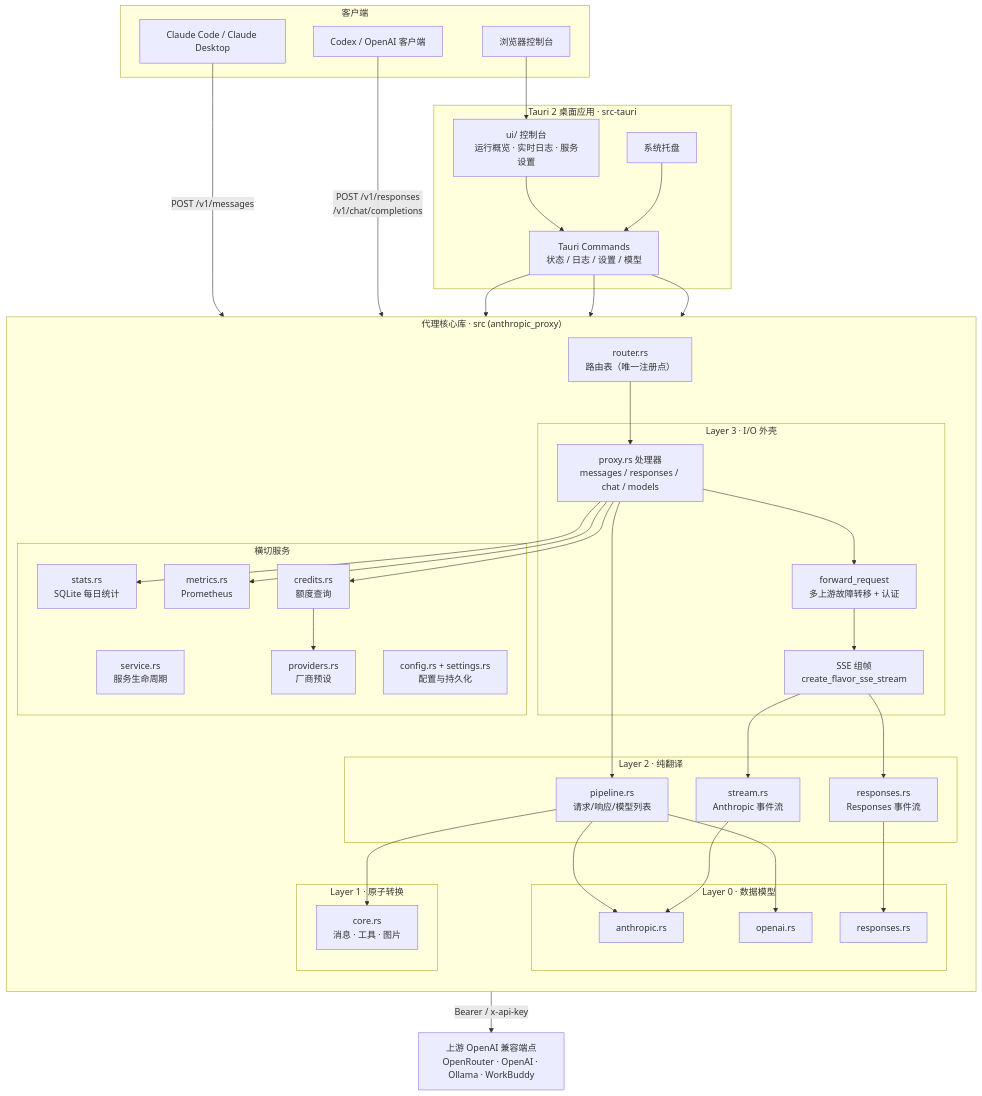
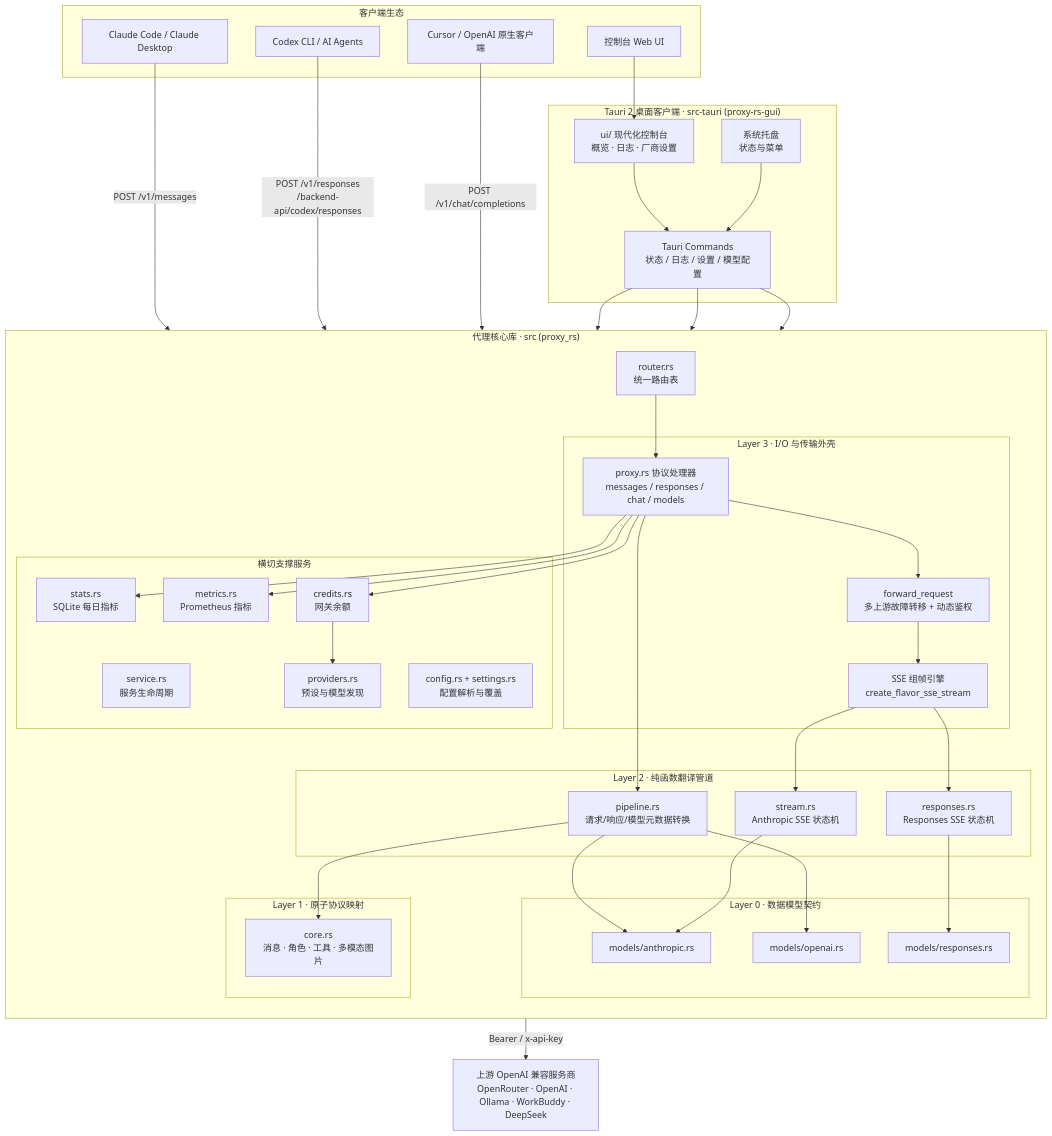
One commit to yudong22/anthropic-proxy-rs changed the first of 2 diagrams in README.md. Above: the diagram before and after it, drawn with Mermaid. The commit also changed other lines of this file and 19 other files, not shown here.

````diff
--- a/README.md
+++ b/README.md
@@ -45,77 +46,79 @@
 ```mermaid
 flowchart TB
-    subgraph Clients["客户端"]
+    subgraph Clients["客户端生态"]
         CC["Claude Code / Claude Desktop"]
-        OC["Codex / OpenAI 客户端"]
-        BR["浏览器控制台"]
+        CX["Codex CLI / AI Agents"]
+        OC["Cursor / OpenAI 原生客户端"]
+        BR["控制台 Web UI"]
     end
 
-    subgraph App["Tauri 2 桌面应用 · src-tauri"]
-        Tray["系统托盘"]
-        Cmds["Tauri Commands<br/>状态 / 日志 / 设置 / 模型"]
-        UI["ui/ 控制台<br/>运行概览 · 实时日志 · 服务设置"]
+    subgraph App["Tauri 2 桌面客户端 · src-tauri (proxy-rs-gui)"]
+        Tray["系统托盘<br/>状态与菜单"]
+        Cmds["Tauri Commands<br/>状态 / 日志 / 设置 / 模型配置"]
+        UI["ui/ 现代化控制台<br/>概览 · 日志 · 厂商设置"]
     end
 
-    subgraph Core["代理核心库 · src (anthropic_proxy)"]
+    subgraph Core["代理核心库 · src (proxy_rs)"]
         direction TB
-        Router["router.rs<br/>路由表（唯一注册点）"]
+        Router["router.rs<br/>统一路由表"]
 
-        subgraph L3["Layer 3 · I/O 外壳"]
-            Handlers["proxy.rs 处理器<br/>messages / responses / chat / models"]
-            Forward["forward_request<br/>多上游故障转移 + 认证"]
-            SSE["SSE 组帧<br/>create_flavor_sse_stream"]
+        subgraph L3["Layer 3 · I/O 与传输外壳"]
+            Handlers["proxy.rs 协议处理器<br/>messages / responses / chat / models"]
+            Forward["forward_request<br/>多上游故障转移 + 动态鉴权"]
+            SSE["SSE 组帧引擎<br/>create_flavor_sse_stream"]
         end
 
-        subgraph L2["Layer 2 · 纯翻译"]
-            Pipe["pipeline.rs<br/>请求/响应/模型列表"]
-            Stream["stream.rs<br/>Anthropic 事件流"]
-            RStream["responses.rs<br/>Responses 事件流"]
+        subgraph L2["Layer 2 · 纯函数翻译管道"]
+            Pipe["pipeline.rs<br/>请求/响应/模型元数据转换"]
+            Stream["stream.rs<br/>Anthropic SSE 状态机"]
+            RStream["responses.rs<br/>Responses SSE 状态机"]
         end
 
-        subgraph L1["Layer 1 · 原子转换"]
-            Core1["core.rs<br/>消息 · 工具 · 图片"]
+        subgraph L1["Layer 1 · 原子协议映射"]
+            Core1["core.rs<br/>消息 · 角色 · 工具 · 多模态图片"]
         end
 
-        subgraph L0["Layer 0 · 数据模型"]
-            MAn["anthropic.rs"]
-            MOa["openai.rs"]
-            MRe["responses.rs"]
+        subgraph L0["Layer 0 · 数据模型契约"]
+            MAn["models/anthropic.rs"]
+            MOa["models/openai.rs"]
+            MRe["models/responses.rs"]
         end
 
-        subgraph Side["横切服务"]
+        subgraph Cross["横切支撑服务"]
             Svc["service.rs<br/>服务生命周期"]
-            Cfg["config.rs + settings.rs<br/>配置与持久化"]
-            Stats["stats.rs<br/>SQLite 每日统计"]
-            Met["metrics.rs<br/>Prometheus"]
-            Cred["credits.rs<br/>额度查询"]
-            Prov["providers.rs<br/>厂商预设"]
+            Cfg["config.rs + settings.rs<br/>配置解析与覆盖"]
+            Stats["stats.rs<br/>SQLite 每日指标"]
+            Met["metrics.rs<br/>Prometheus 指标"]
+            Cred["credits.rs<br/>网关余额"]
+            Prov["providers.rs<br/>预设与模型发现"]
         end
     end
 
-    Up["上游 OpenAI 兼容端点<br/>OpenRouter · OpenAI · Ollama · WorkBuddy"]
+    Up["上游 OpenAI 兼容服务商<br/>OpenRouter · OpenAI · Ollama · WorkBuddy · DeepSeek"]
 
     CC -->|"POST /v1/messages"| Handlers
-    OC -->|"POST /v1/responses<br/>/v1/chat/completions"| Handlers
+    CX -->|"POST /v1/responses<br/>/backend-api/codex/responses"| Handlers
+    OC -->|"POST /v1/chat/completions"| Handlers
     BR --> UI
     UI --> Cmds
     Tray --> Cmds
     Cmds --> Svc
     Cmds --> Cfg
     Cmds --> Prov
     Router --> Handlers
     Handlers --> Pipe
     Pipe --> Core1
     Pipe --> MAn
     Pipe --> MOa
     Handlers --> Forward
     Forward -->|"Bearer / x-api-key"| Up
     Forward --> SSE
     SSE --> Stream
     SSE --> RStream
     Stream --> MAn
     RStream --> MRe
     Handlers --> Stats
     Handlers --> Met
     Handlers --> Cred
     Cred --> Prov
 ```
````
